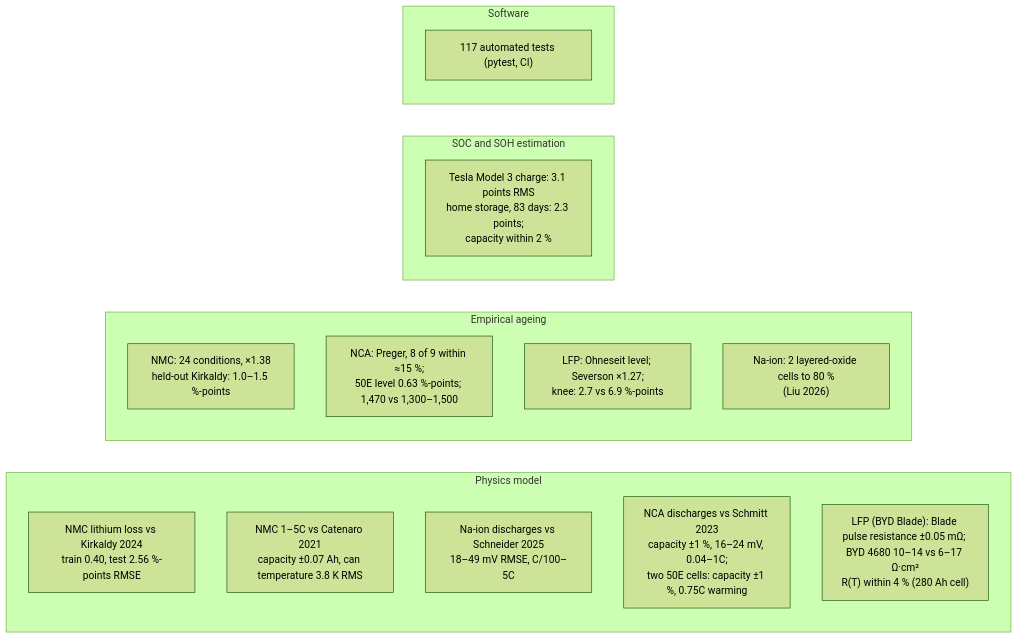
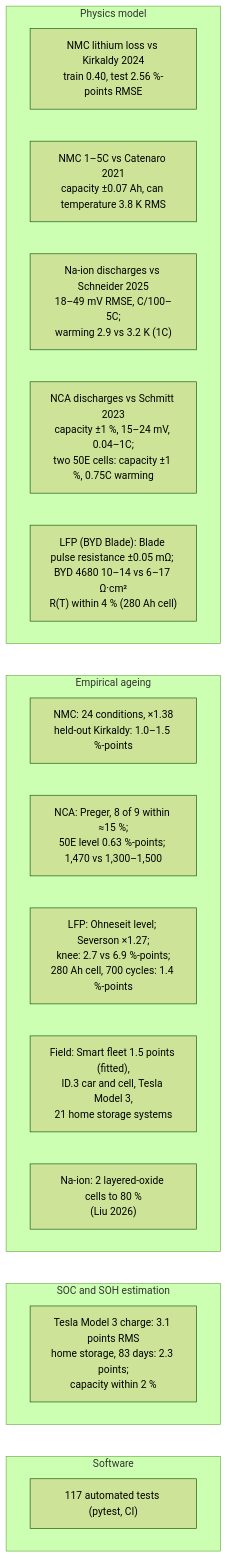
One commit to TheJohn01/DigitalTwinBattery changed diagram 12 of 12 in README.md. Above: the diagram before and after it, drawn with Mermaid (forest theme). The commit also changed other lines of this file and 5 other files, not shown here.

First line of the commit message:
README diagrams: add missing steps and figures, fix order

````diff
--- a/README.md
+++ b/README.md
@@ -1700,22 +1737,24 @@
 ```mermaid
-flowchart LR
+flowchart TB
     subgraph PHY["Physics model"]
         V1["NMC lithium loss vs Kirkaldy 2024<br/>train 0.40, test 2.56 %-points RMSE"]
         V9["NMC 1–5C vs Catenaro 2021<br/>capacity ±0.07 Ah, can temperature 3.8 K RMS"]
-        V0["Na-ion discharges vs Schneider 2025<br/>18–49 mV RMSE, C/100–5C"]
-        V7["NCA discharges vs Schmitt 2023<br/>capacity ±1 %, 16–24 mV, 0.04–1C;<br/>two 50E cells: capacity ±1 %, 0.75C warming"]
+        V0["Na-ion discharges vs Schneider 2025<br/>18–49 mV RMSE, C/100–5C;<br/>warming 2.9 vs 3.2 K (1C)"]
+        V7["NCA discharges vs Schmitt 2023<br/>capacity ±1 %, 15–24 mV, 0.04–1C;<br/>two 50E cells: capacity ±1 %, 0.75C warming"]
         V8["LFP (BYD Blade): Blade pulse resistance ±0.05 mΩ; BYD 4680 10–14 vs 6–17 Ω·cm²<br/>R(T) within 4 % (280 Ah cell)"]
     end
     subgraph EMP["Empirical ageing"]
         V2["NMC: 24 conditions, ×1.38<br/>held-out Kirkaldy: 1.0–1.5 %-points"]
         V3["NCA: Preger, 8 of 9 within ≈15 %;<br/>50E level 0.63 %-points; 1,470 vs 1,300–1,500"]
-        V4["LFP: Ohneseit level; Severson ×1.27;<br/>knee: 2.7 vs 6.9 %-points"]
+        V4["LFP: Ohneseit level; Severson ×1.27;<br/>knee: 2.7 vs 6.9 %-points;<br/>280 Ah cell, 700 cycles: 1.4 %-points"]
+        V11["Field: Smart fleet 1.5 points (fitted),<br/>ID.3 car and cell, Tesla Model 3,<br/>21 home storage systems"]
         V5["Na-ion: 2 layered-oxide cells to 80 %<br/>(Liu 2026)"]
     end
     subgraph EST["SOC and SOH estimation"]
         V10["Tesla Model 3 charge: 3.1 points RMS<br/>home storage, 83 days: 2.3 points;<br/>capacity within 2 %"]
     end
     subgraph SW["Software"]
         V6["117 automated tests (pytest, CI)"]
     end
+    PHY ~~~ EMP ~~~ EST ~~~ SW
 ```
````
